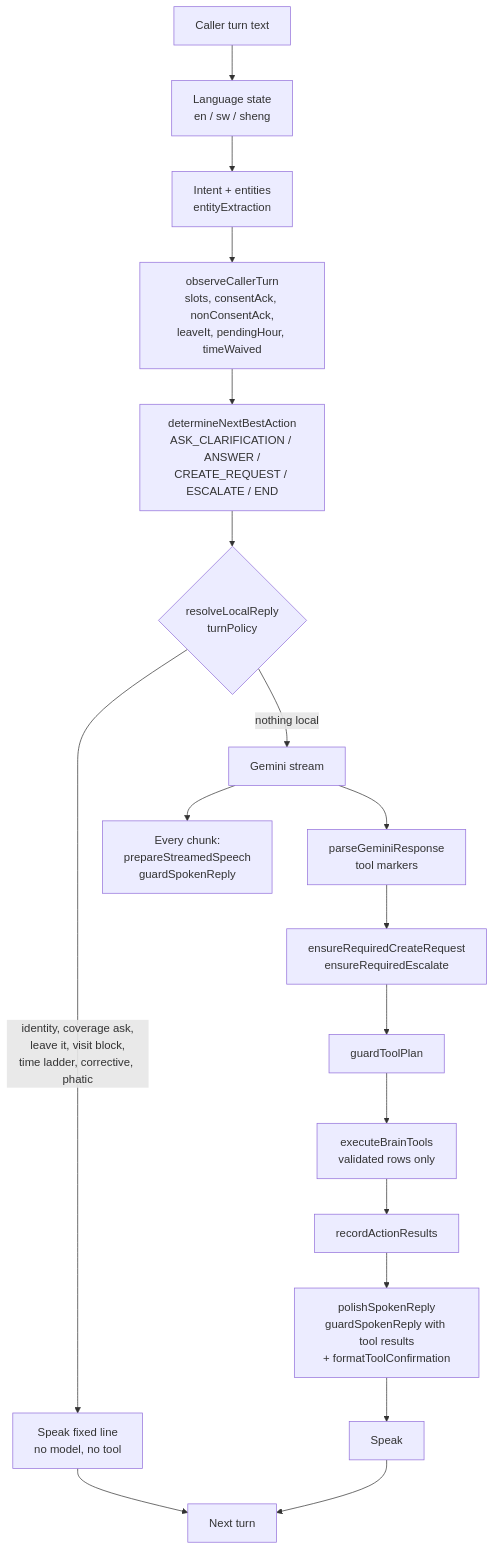
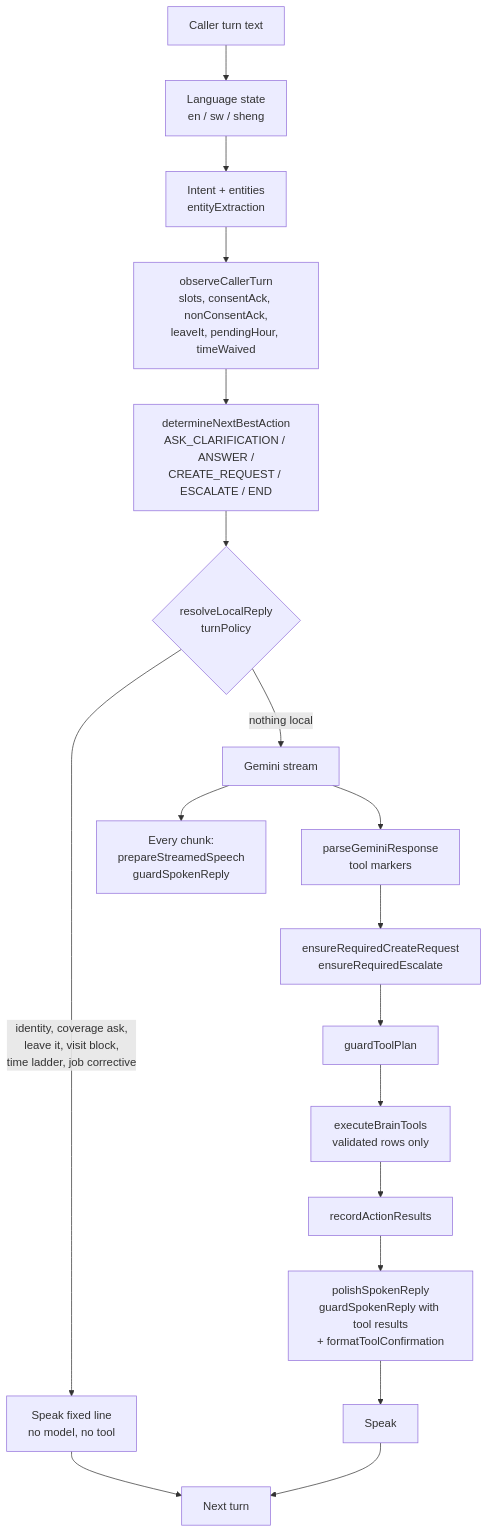
Before and after one commit to glclientacquisition-max/scalers-project: the diagram in docs/agents/BRAIN_TURN_CONTRACT.md, drawn with Mermaid. The commit also changed other lines of this file and 14 other files, not shown here.

````diff
--- a/docs/agents/BRAIN_TURN_CONTRACT.md
+++ b/docs/agents/BRAIN_TURN_CONTRACT.md
@@ -14,20 +21,20 @@
 ```mermaid
 flowchart TD
   STT[Caller turn text] --> LANG[Language state<br/>en / sw / sheng]
   LANG --> ENT[Intent + entities<br/>entityExtraction]
   ENT --> OBS[observeCallerTurn<br/>slots, consentAck, nonConsentAck,<br/>leaveIt, pendingHour, timeWaived]
   OBS --> NBA[determineNextBestAction<br/>ASK_CLARIFICATION / ANSWER /<br/>CREATE_REQUEST / ESCALATE / END]
   NBA --> LOCAL{resolveLocalReply<br/>turnPolicy}
-  LOCAL -->|identity, coverage ask,<br/>leave it, visit block,<br/>time ladder, corrective, phatic| SPEAK1[Speak fixed line<br/>no model, no tool]
+  LOCAL -->|identity, coverage ask,<br/>leave it, visit block,<br/>time ladder, job corrective| SPEAK1[Speak fixed line<br/>no model, no tool]
   LOCAL -->|nothing local| GEM[Gemini stream]
   GEM --> CHUNK[Every chunk:<br/>prepareStreamedSpeech<br/>guardSpokenReply]
   GEM --> PARSE[parseGeminiResponse<br/>tool markers]
   PARSE --> INJ[ensureRequiredCreateRequest<br/>ensureRequiredEscalate]
   INJ --> TG[guardToolPlan]
   TG --> EXEC[executeBrainTools<br/>validated rows only]
   EXEC --> RES[recordActionResults]
   RES --> FINAL[polishSpokenReply<br/>guardSpokenReply with tool results<br/>+ formatToolConfirmation]
   FINAL --> SPEAK2[Speak]
   SPEAK1 --> NEXT[Next turn]
   SPEAK2 --> NEXT
 ```
````
